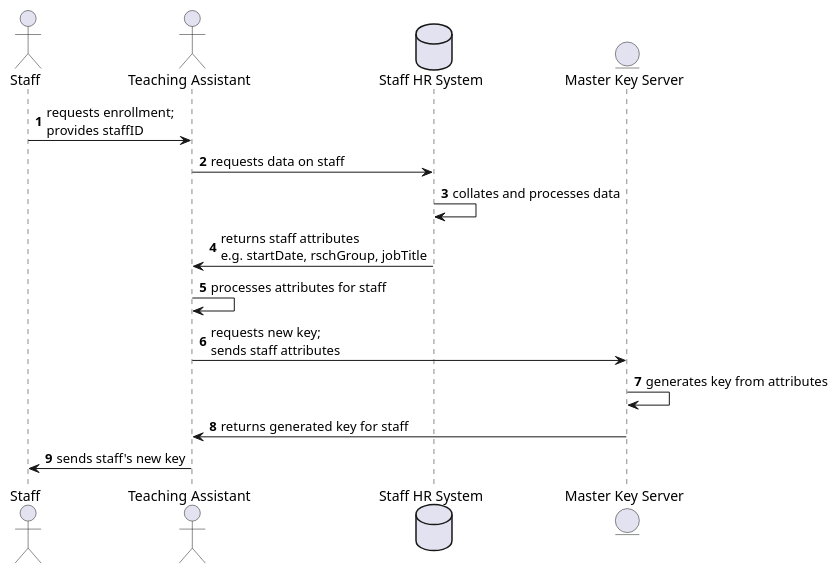
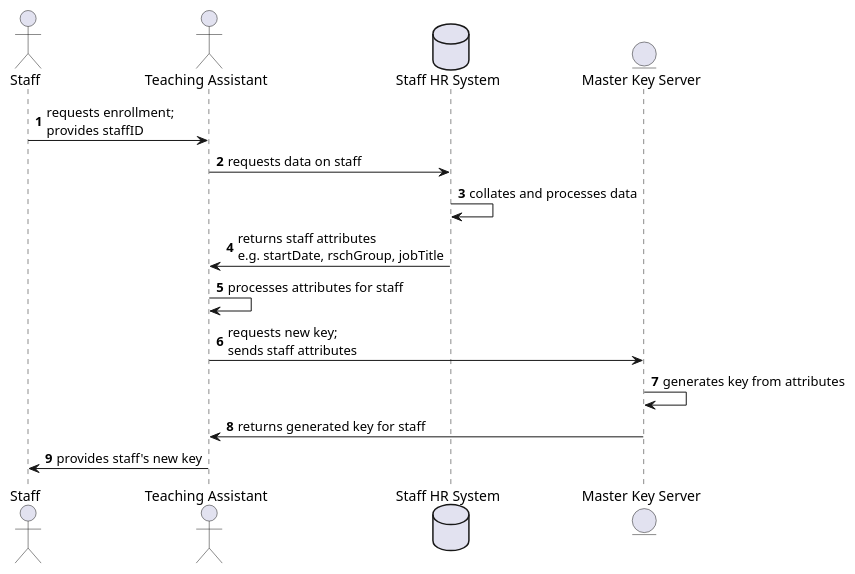
One commit to 2190594W/l4-project-research changed the diagram in diagrams/flow_of_info/enrollment_sta_sequence.plantuml. Above: the diagram before and after it, drawn with PlantUML. The commit also changed 19 other files, not shown here.

Commit message:
Updated flow of info diagrams. Added eps & pdf formats as outputs.

```diff
--- a/diagrams/flow_of_info/enrollment_sta_sequence.plantuml
+++ b/diagrams/flow_of_info/enrollment_sta_sequence.plantuml
@@ -1,16 +1,16 @@
 @startuml
 autonumber
 actor Staff
 actor "Teaching Assistant"
 database "Staff HR System"
 entity "Master Key Server"
 Staff -> "Teaching Assistant": requests enrollment;\nprovides staffID
 "Teaching Assistant" -> "Staff HR System": requests data on staff
 "Staff HR System" -> "Staff HR System": collates and processes data
 "Staff HR System" -> "Teaching Assistant": returns staff attributes\ne.g. startDate, rschGroup, jobTitle
 "Teaching Assistant" -> "Teaching Assistant": processes attributes for staff
 "Teaching Assistant" -> "Master Key Server": requests new key;\nsends staff attributes
 "Master Key Server" -> "Master Key Server": generates key from attributes
 "Master Key Server" -> "Teaching Assistant": returns generated key for staff
-"Teaching Assistant" -> Staff: sends staff's new key
+"Teaching Assistant" -> Staff: provides staff's new key
 @enduml
```
